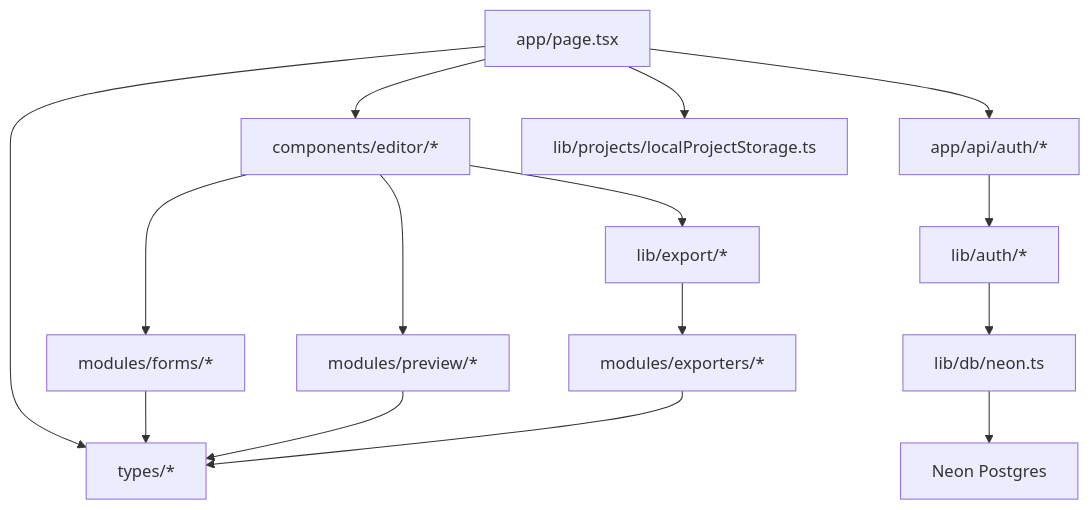
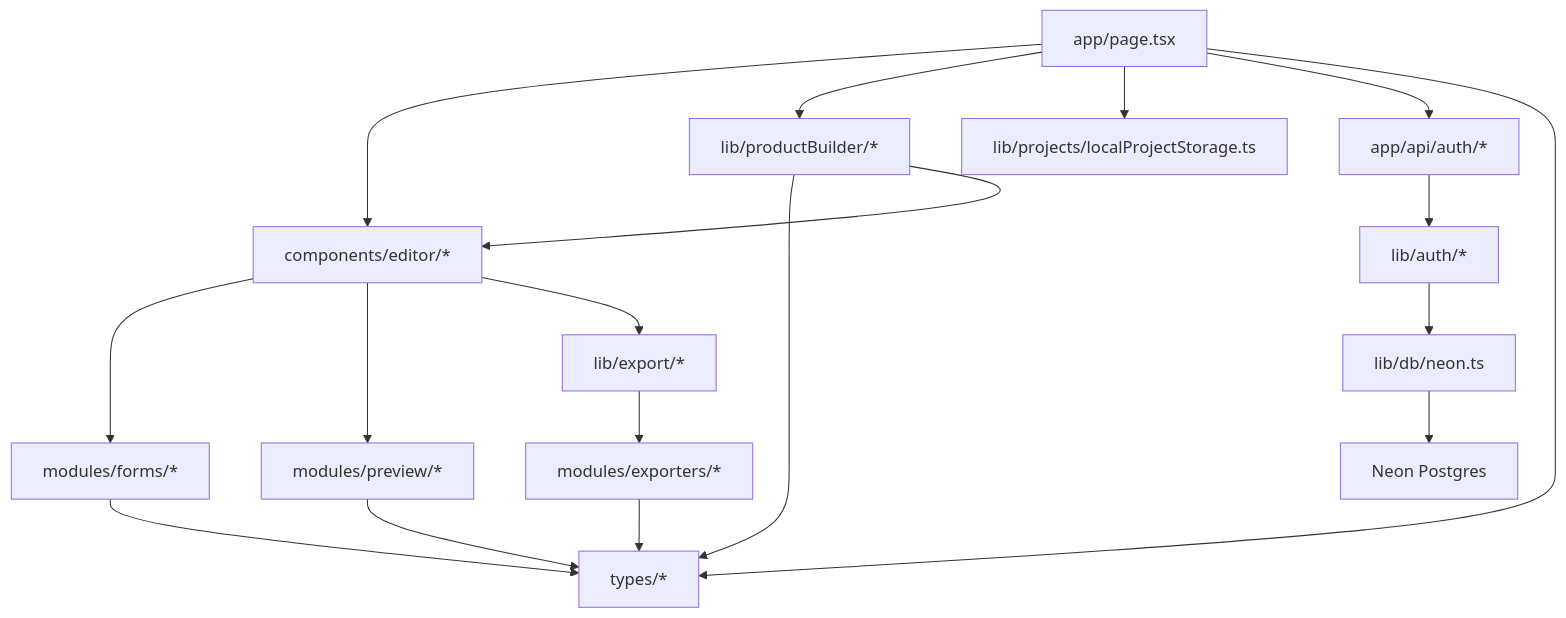
One commit to Iveslee00/NEXORA changed the second of 8 diagrams in docs/site-architecture.md. Above: the diagram before and after it, drawn with Mermaid. The commit also changed other lines of this file and 2 other files, not shown here.

Commit message:
docs: define product page starter spec

````diff
--- a/docs/site-architecture.md
+++ b/docs/site-architecture.md
@@ -44,29 +44,33 @@
 ```mermaid
 flowchart TD
   App["app/page.tsx"]
   AuthApi["app/api/auth/*"]
   Editor["components/editor/*"]
   Forms["modules/forms/*"]
   Preview["modules/preview/*"]
   Exporters["modules/exporters/*"]
   ExportLib["lib/export/*"]
+  ProductStarter["lib/productBuilder/*"]
   ProjectStorage["lib/projects/localProjectStorage.ts"]
   AuthLib["lib/auth/*"]
   DbLib["lib/db/neon.ts"]
   Types["types/*"]
 
   App --> Editor
+  App --> ProductStarter
   App --> ProjectStorage
   App --> AuthApi
   Editor --> Forms
   Editor --> Preview
   Editor --> ExportLib
+  ProductStarter --> Types
+  ProductStarter --> Editor
   ExportLib --> Exporters
   AuthApi --> AuthLib
   AuthLib --> DbLib
   DbLib --> Neon["Neon Postgres"]
   App --> Types
   Forms --> Types
   Preview --> Types
   Exporters --> Types
 ```
````
